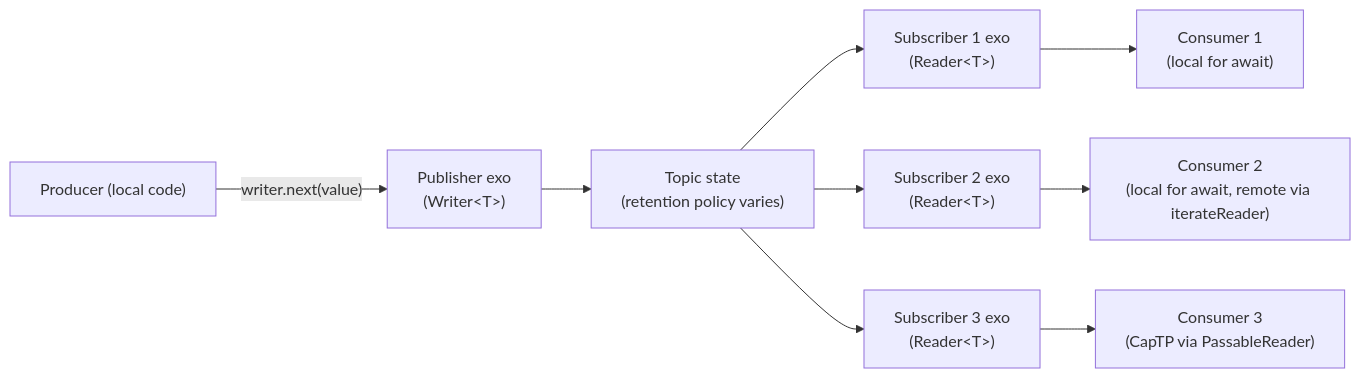
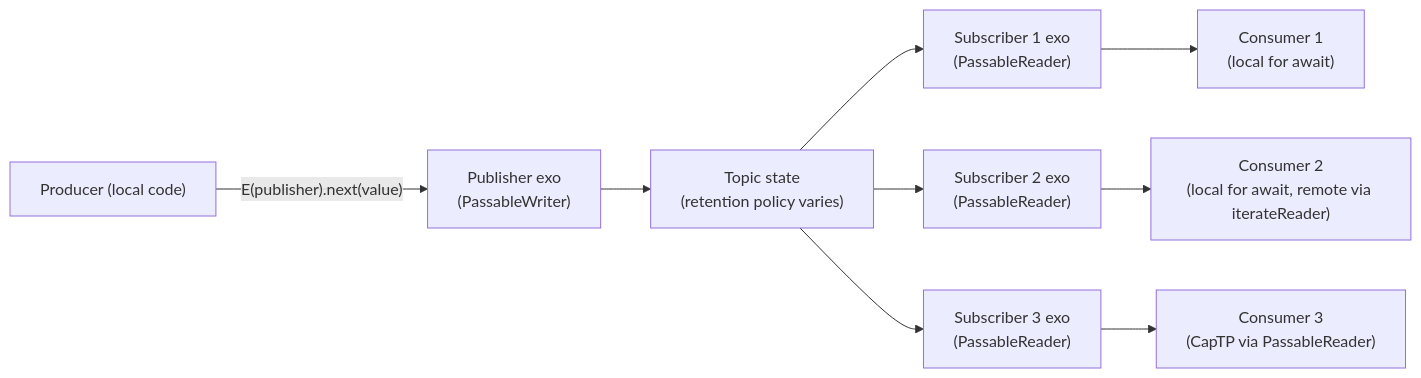
One commit to endojs/endo changed the diagram in designs/notifier-pubsub-migration.md. Above: the diagram before and after it, drawn with Mermaid. The commit also changed other lines of this file, not shown here.

````diff
--- a/designs/notifier-pubsub-migration.md
+++ b/designs/notifier-pubsub-migration.md
@@ -143,11 +147,11 @@
 ```mermaid
 graph LR
-  Producer["Producer (local code)"] -->|"writer.next(value)"| Publisher["Publisher exo<br/>(Writer&lt;T&gt;)"]
+  Producer["Producer (local code)"] -->|"E(publisher).next(value)"| Publisher["Publisher exo<br/>(PassableWriter)"]
   Publisher --> Topic["Topic state<br/>(retention policy varies)"]
-  Topic --> S1["Subscriber 1 exo<br/>(Reader&lt;T&gt;)"]
-  Topic --> S2["Subscriber 2 exo<br/>(Reader&lt;T&gt;)"]
-  Topic --> S3["Subscriber 3 exo<br/>(Reader&lt;T&gt;)"]
+  Topic --> S1["Subscriber 1 exo<br/>(PassableReader)"]
+  Topic --> S2["Subscriber 2 exo<br/>(PassableReader)"]
+  Topic --> S3["Subscriber 3 exo<br/>(PassableReader)"]
   S1 --> R1["Consumer 1<br/>(local for await)"]
   S2 --> R2["Consumer 2<br/>(local for await, remote via iterateReader)"]
   S3 --> R3["Consumer 3<br/>(CapTP via PassableReader)"]
 ```
````
